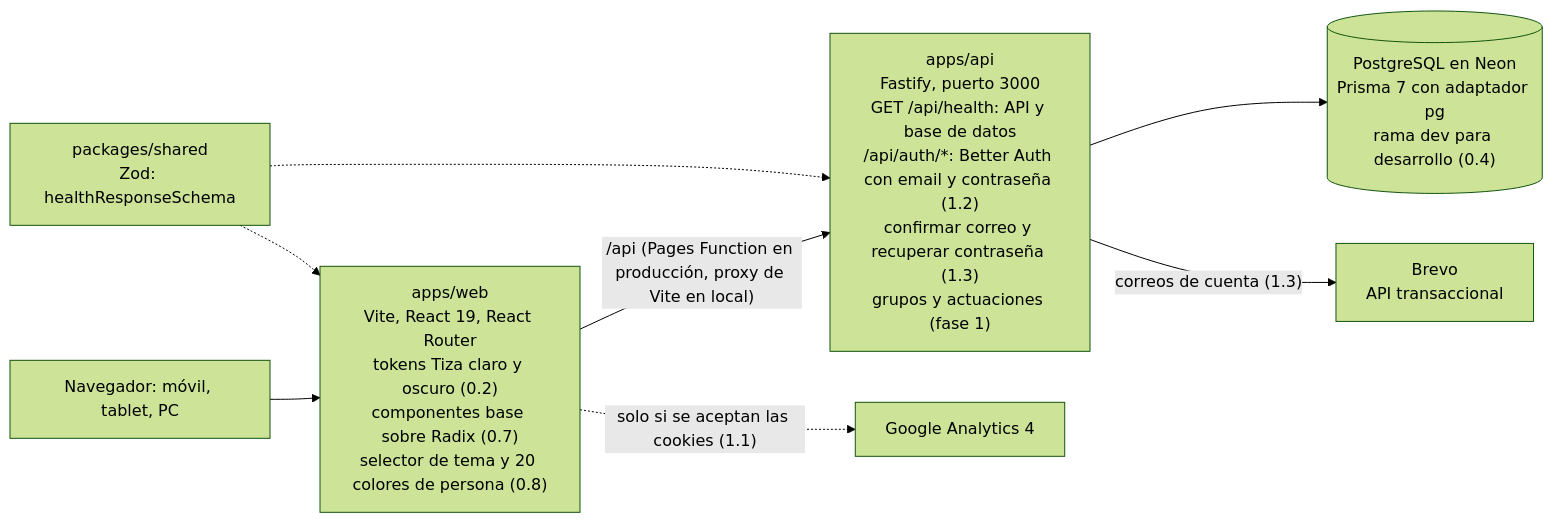
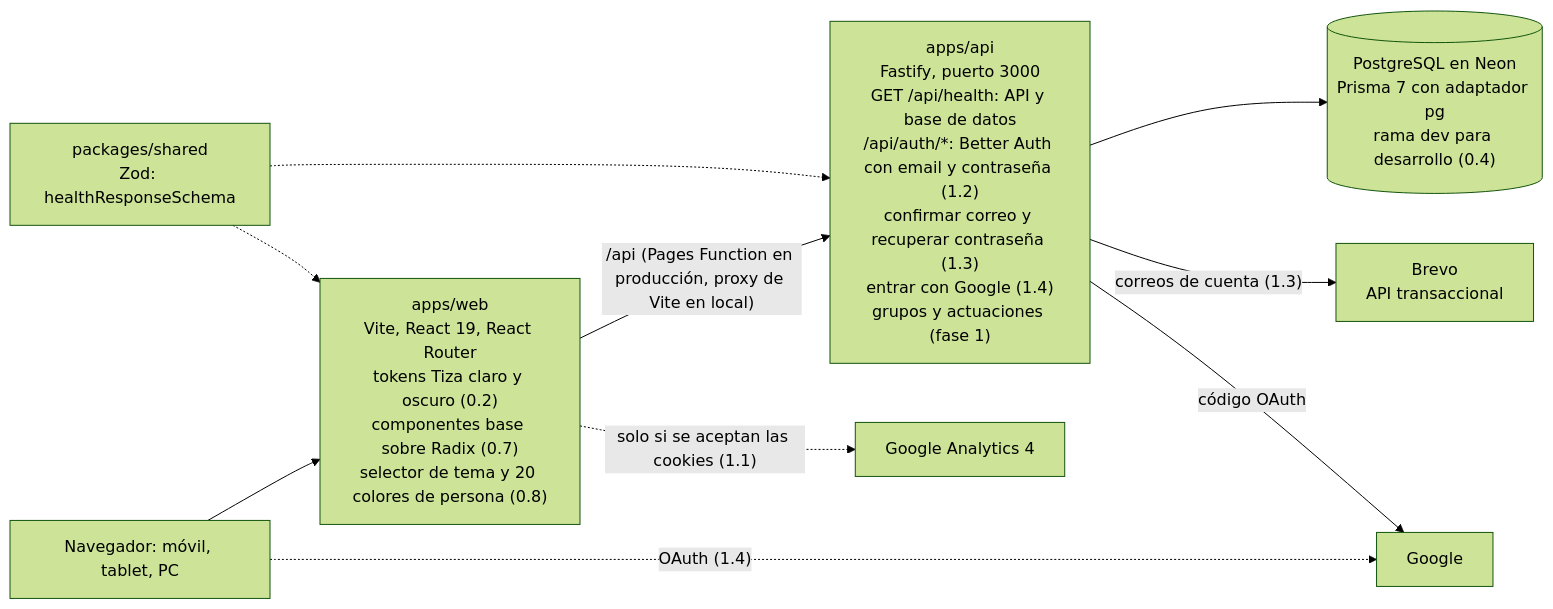
Before and after one commit to juananmgz/cuadrocorrocalle: the diagram in documentation/architecture.md, drawn with Mermaid (forest theme). The commit also changed 16 other files, not shown here.

````diff
--- a/documentation/architecture.md
+++ b/documentation/architecture.md
@@ -7,10 +7,12 @@
 ```mermaid
 flowchart LR
   U["Navegador: móvil, tablet, PC"] --> W["apps/web<br>Vite, React 19, React Router<br>tokens Tiza claro y oscuro (0.2)<br>componentes base sobre Radix (0.7)<br>selector de tema y 20 colores de persona (0.8)"]
-  W -->|"/api (Pages Function en producción, proxy de Vite en local)"| A["apps/api<br>Fastify, puerto 3000<br>GET /api/health: API y base de datos<br>/api/auth/*: Better Auth con email y contraseña (1.2)<br>confirmar correo y recuperar contraseña (1.3)<br>grupos y actuaciones (fase 1)"]
+  W -->|"/api (Pages Function en producción, proxy de Vite en local)"| A["apps/api<br>Fastify, puerto 3000<br>GET /api/health: API y base de datos<br>/api/auth/*: Better Auth con email y contraseña (1.2)<br>confirmar correo y recuperar contraseña (1.3)<br>entrar con Google (1.4)<br>grupos y actuaciones (fase 1)"]
   A --> D[("PostgreSQL en Neon<br>Prisma 7 con adaptador pg<br>rama dev para desarrollo (0.4)")]
   W -.->|"solo si se aceptan las cookies (1.1)"| GA["Google Analytics 4"]
   A -->|"correos de cuenta (1.3)"| BR["Brevo<br>API transaccional"]
+  U -.->|"OAuth (1.4)"| GO["Google"]
+  A -->|"código OAuth"| GO
   S["packages/shared<br>Zod: healthResponseSchema"] -.-> W
   S -.-> A
 ```
````
